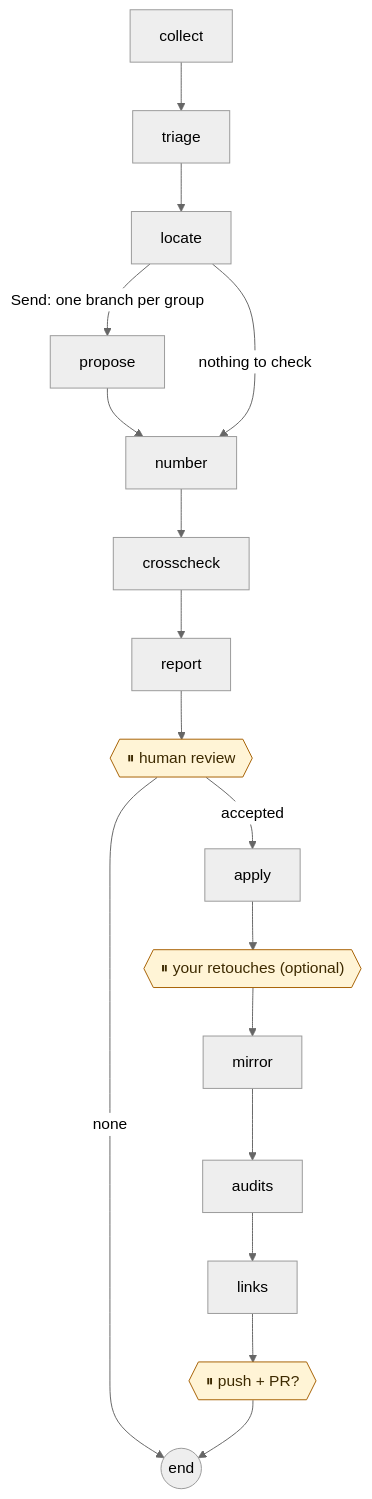
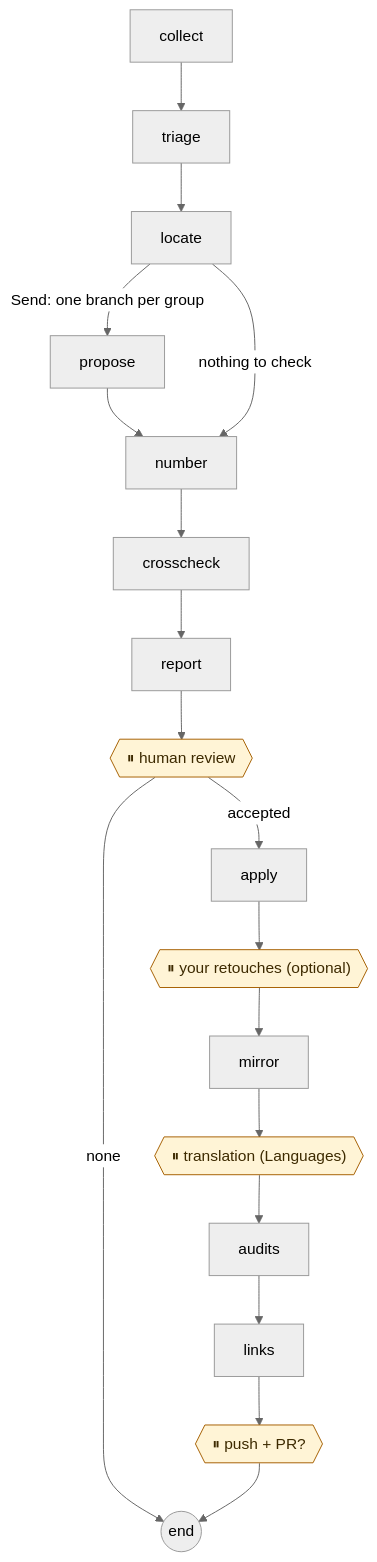
The second of 2 diagrams in README.md (DamienBecherini/vault-watch-agent), drawn with Mermaid (neutral theme) before and after one commit. The commit also changed other lines of this file and 1 other file, not shown here.

Commit message:
docs(readme): the welcome says the six jobs, both ways (it proposes, you review; you write, it reviews); the four pauses, the guide's pull requests, the layout

````diff
--- a/README.md
+++ b/README.md
@@ -93,12 +105,12 @@
 ```mermaid
 flowchart TD
   collect --> triage --> locate
   locate -->|"Send: one branch per group"| propose --> number
   locate -->|nothing to check| number
   number --> crosscheck --> report --> review{{"⏸ human review"}}
-  review -->|accepted| apply --> retouch{{"⏸ your retouches (optional)"}} --> mirror --> audits --> links --> publish{{"⏸ push + PR?"}}
+  review -->|accepted| apply --> retouch{{"⏸ your retouches (optional)"}} --> mirror --> translation{{"⏸ translation (Languages)"}} --> audits --> links --> publish{{"⏸ push + PR?"}}
   review -->|none| stop((end))
   publish --> stop
   classDef human fill:#fff4d6,stroke:#a65f00,color:#3d2a00
-  class review,retouch,publish human
+  class review,retouch,translation,publish human
 ```
````
